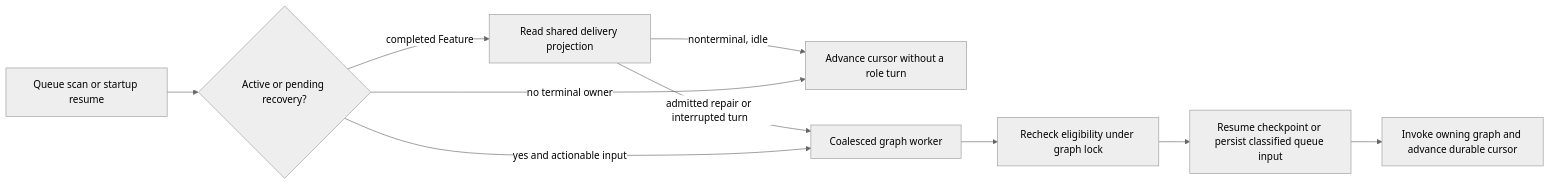
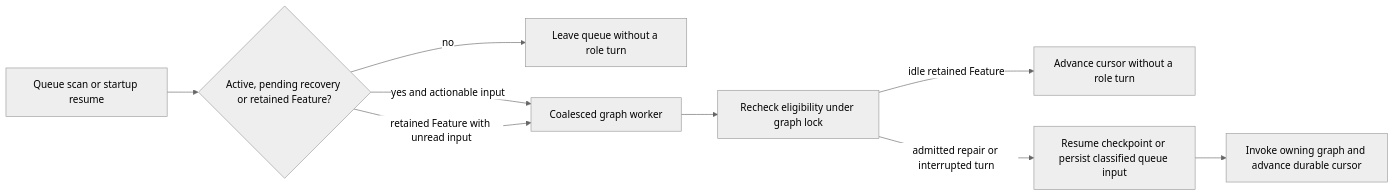
One commit to vincentc-b/CascadeCode changed the third of 4 diagrams in cascade/workspace/DESIGN.md. Above: the diagram before and after it, drawn with Mermaid (neutral theme). The commit also changed 1 other file, not shown here.

Commit message:
docs: align retained queue flow and target integrated delivery browser checks

````diff
--- a/cascade/workspace/DESIGN.md
+++ b/cascade/workspace/DESIGN.md
@@ -155,12 +155,11 @@
 ```mermaid
 flowchart LR
-    Scan[Queue scan or startup resume] --> Eligible{Active or pending recovery?}
-    Eligible -->|completed Feature| Delivery[Read shared delivery projection]
-    Delivery -->|nonterminal, idle| Retain[Advance cursor without a role turn]
-    Delivery -->|admitted repair or interrupted turn| Schedule
-    Eligible -->|no terminal owner| Retain
+    Scan[Queue scan or startup resume] --> Eligible{Active, pending recovery or retained Feature?}
+    Eligible -->|no| Retain[Leave queue without a role turn]
     Eligible -->|yes and actionable input| Schedule[Coalesced graph worker]
+    Eligible -->|retained Feature with unread input| Schedule
     Schedule --> Recheck[Recheck eligibility under graph lock]
-    Recheck --> Resume[Resume checkpoint or persist classified queue input]
+    Recheck -->|idle retained Feature| Cursor[Advance cursor without a role turn]
+    Recheck -->|admitted repair or interrupted turn| Resume[Resume checkpoint or persist classified queue input]
     Resume --> Invoke[Invoke owning graph and advance durable cursor]
 ```
````
